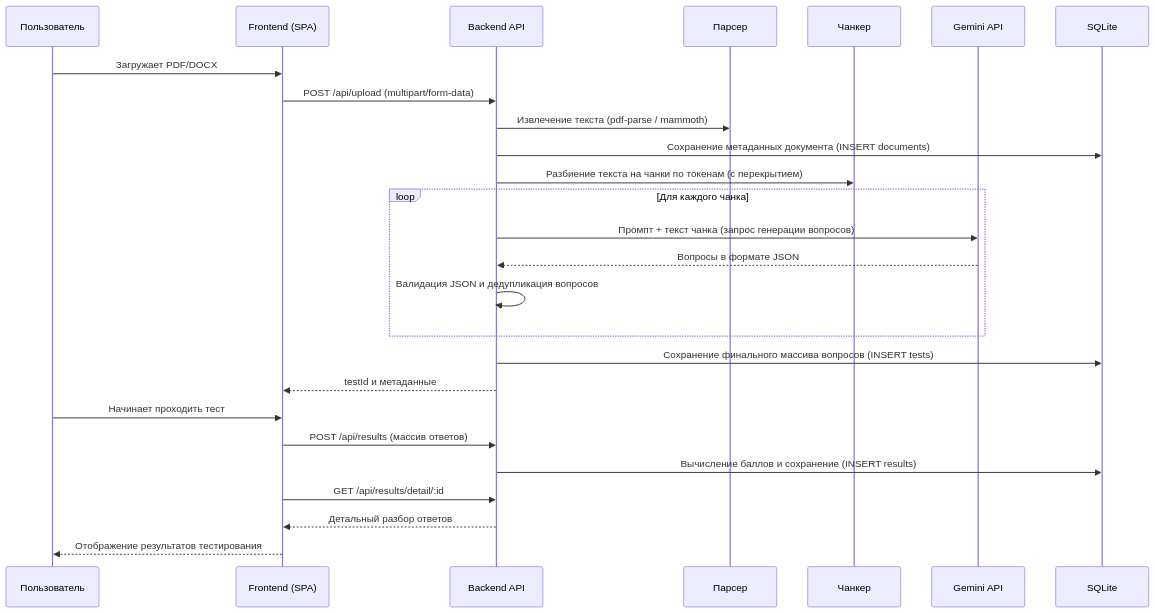
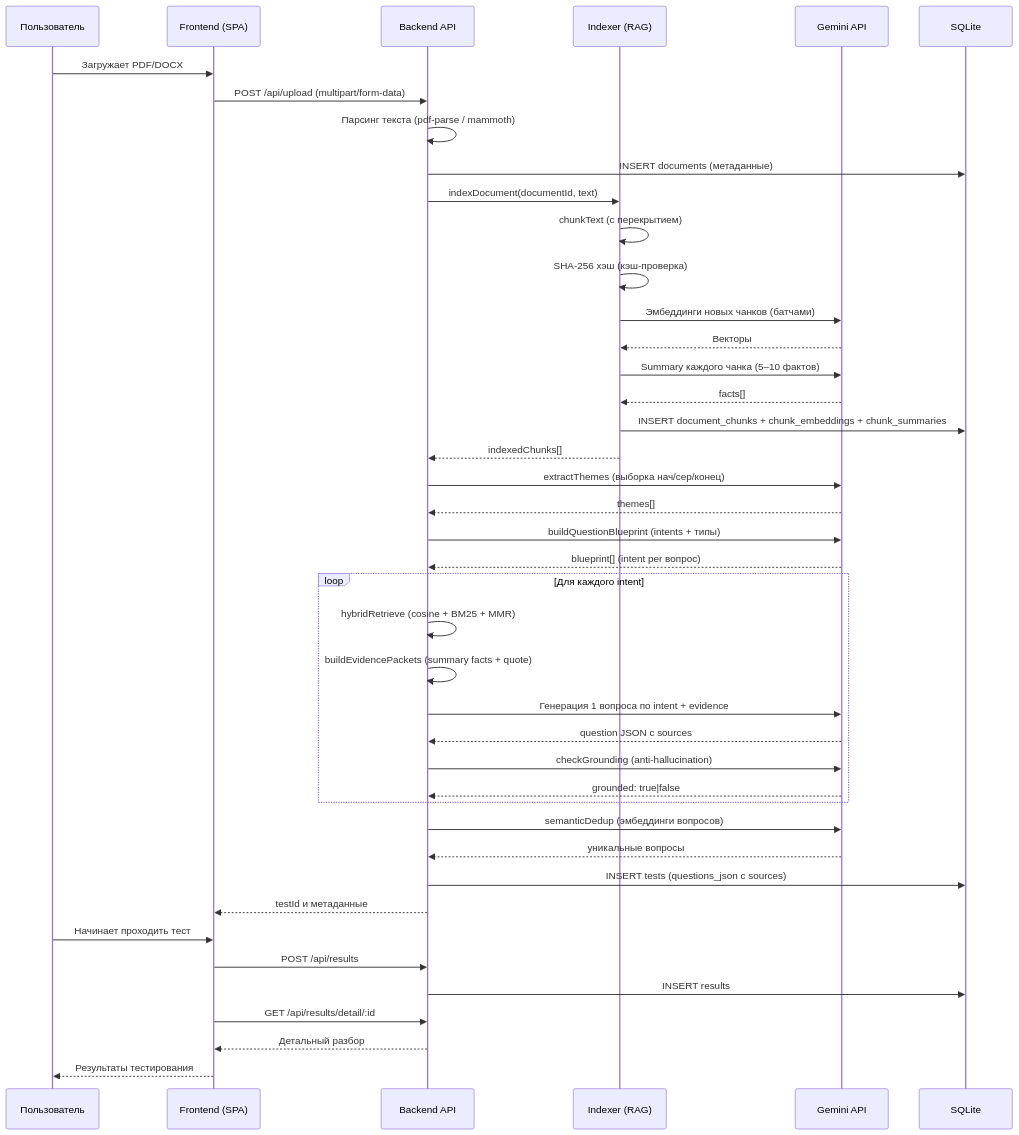
The diagram in docs/architecture.md (boburshokhh/-------), drawn with Mermaid before and after one commit. The commit also changed other lines of this file and 8 other files, not shown here.

````diff
--- a/docs/architecture.md
+++ b/docs/architecture.md
@@ -27,29 +47,45 @@
 ```mermaid
 sequenceDiagram
   participant User as Пользователь
   participant FE as Frontend (SPA)
   participant BE as Backend API
-  participant Parser as Парсер
-  participant Chunker as Чанкер
+  participant Indexer as Indexer (RAG)
   participant LLM as Gemini API
   participant DB as SQLite
 
   User->>FE: Загружает PDF/DOCX
   FE->>BE: POST /api/upload (multipart/form-data)
-  BE->>Parser: Извлечение текста (pdf-parse / mammoth)
-  BE->>DB: Сохранение метаданных документа (INSERT documents)
-  BE->>Chunker: Разбиение текста на чанки по токенам (с перекрытием)
-  loop Для каждого чанка
-    BE->>LLM: Промпт + текст чанка (запрос генерации вопросов)
-    LLM-->>BE: Вопросы в формате JSON
-    BE->>BE: Валидация JSON и дедупликация вопросов
+  BE->>BE: Парсинг текста (pdf-parse / mammoth)
+  BE->>DB: INSERT documents (метаданные)
+  BE->>Indexer: indexDocument(documentId, text)
+  Indexer->>Indexer: chunkText (с перекрытием)
+  Indexer->>Indexer: SHA-256 хэш (кэш-проверка)
+  Indexer->>LLM: Эмбеддинги новых чанков (батчами)
+  LLM-->>Indexer: Векторы
+  Indexer->>LLM: Summary каждого чанка (5–10 фактов)
+  LLM-->>Indexer: facts[]
+  Indexer->>DB: INSERT document_chunks + chunk_embeddings + chunk_summaries
+  Indexer-->>BE: indexedChunks[]
+  BE->>LLM: extractThemes (выборка нач/сер/конец)
+  LLM-->>BE: themes[]
+  BE->>LLM: buildQuestionBlueprint (intents + типы)
+  LLM-->>BE: blueprint[] (intent per вопрос)
+  loop Для каждого intent
+    BE->>BE: hybridRetrieve (cosine + BM25 + MMR)
+    BE->>BE: buildEvidencePackets (summary facts + quote)
+    BE->>LLM: Генерация 1 вопроса по intent + evidence
+    LLM-->>BE: question JSON с sources
+    BE->>LLM: checkGrounding (anti-hallucination)
+    LLM-->>BE: grounded: true|false
   end
-  BE->>DB: Сохранение финального массива вопросов (INSERT tests)
+  BE->>LLM: semanticDedup (эмбеддинги вопросов)
+  LLM-->>BE: уникальные вопросы
+  BE->>DB: INSERT tests (questions_json с sources)
   BE-->>FE: testId и метаданные
   User->>FE: Начинает проходить тест
-  FE->>BE: POST /api/results (массив ответов)
-  BE->>DB: Вычисление баллов и сохранение (INSERT results)
+  FE->>BE: POST /api/results
+  BE->>DB: INSERT results
   FE->>BE: GET /api/results/detail/:id
-  BE-->>FE: Детальный разбор ответов
-  FE-->>User: Отображение результатов тестирования
+  BE-->>FE: Детальный разбор
+  FE-->>User: Результаты тестирования
 ```
````
